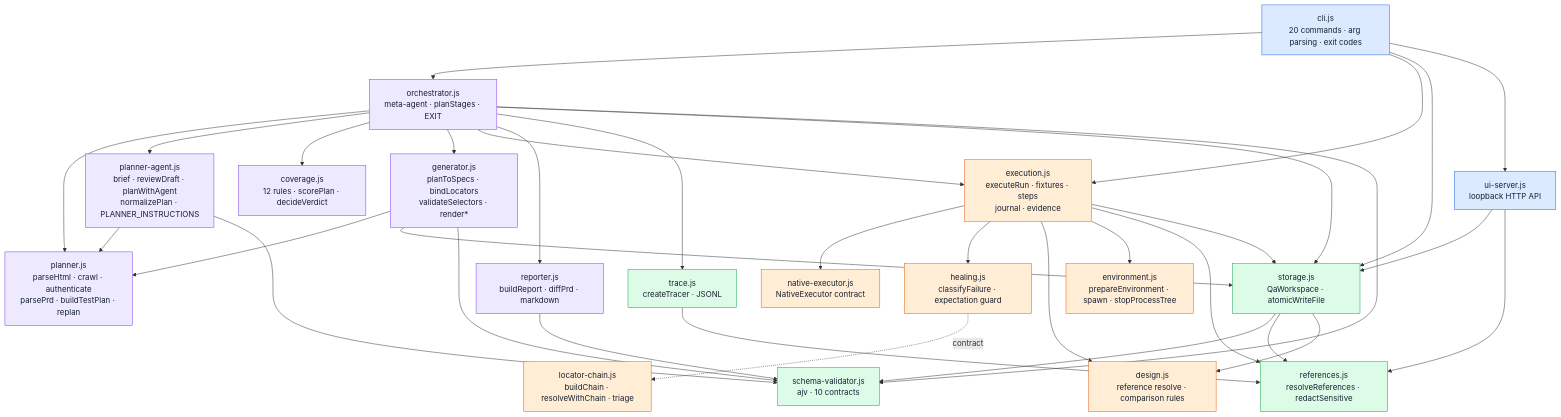
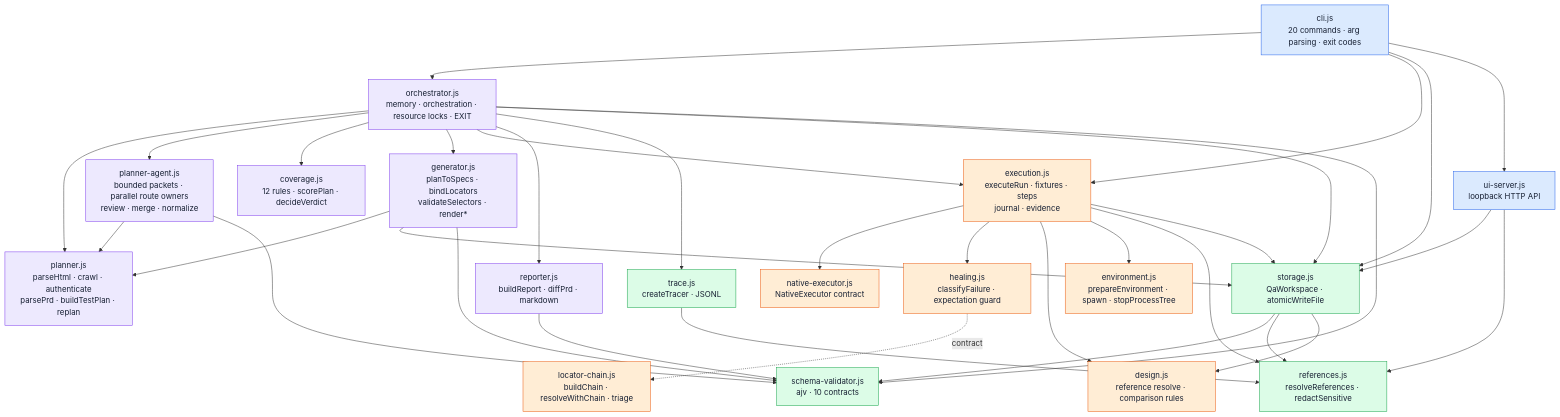
One commit to sudip-mondal-2002/Automated-QA changed the first of 2 diagrams in docs/explain/01-harness-architecture.md. Above: the diagram before and after it, drawn with Mermaid. The commit also changed other lines of this file and 402 other files, not shown here.

````diff
--- a/docs/explain/01-harness-architecture.md
+++ b/docs/explain/01-harness-architecture.md
@@ -12,39 +16,39 @@
 ```mermaid
 flowchart TB
   CLI["cli.js<br/>20 commands · arg parsing · exit codes"]
-  ORC["orchestrator.js<br/>meta-agent · planStages · EXIT"]
+  ORC["orchestrator.js<br/>memory · orchestration · resource locks · EXIT"]
   PLAN["planner.js<br/>parseHtml · crawl · authenticate<br/>parsePrd · buildTestPlan · replan"]
-  PAG["planner-agent.js<br/>brief · reviewDraft · planWithAgent<br/>normalizePlan · PLANNER_INSTRUCTIONS"]
+  PAG["planner-agent.js<br/>bounded packets · parallel route owners<br/>review · merge · normalize"]
   COV["coverage.js<br/>12 rules · scorePlan · decideVerdict"]
   GEN["generator.js<br/>planToSpecs · bindLocators<br/>validateSelectors · render*"]
   EXE["execution.js<br/>executeRun · fixtures · steps<br/>journal · evidence"]
   HEAL["healing.js<br/>classifyFailure · expectation guard"]
   LOC["locator-chain.js<br/>buildChain · resolveWithChain · triage"]
   NAT["native-executor.js<br/>NativeExecutor contract"]
   DES["design.js<br/>reference resolve · comparison rules"]
   ENV["environment.js<br/>prepareEnvironment · spawn · stopProcessTree"]
   STO["storage.js<br/>QaWorkspace · atomicWriteFile"]
   SCH["schema-validator.js<br/>ajv · 10 contracts"]
   REF["references.js<br/>resolveReferences · redactSensitive"]
   REP["reporter.js<br/>buildReport · diffPrd · markdown"]
   TRC["trace.js<br/>createTracer · JSONL"]
   UIS["ui-server.js<br/>loopback HTTP API"]
 
   CLI --> ORC & EXE & STO & UIS
   ORC --> PLAN & PAG & COV & GEN & EXE & REP & TRC & STO & SCH
   PAG --> PLAN & SCH
   GEN --> PLAN & STO & SCH
   EXE --> NAT & HEAL & DES & ENV & REF & STO
   HEAL -.contract.-> LOC
   STO --> SCH & REF & DES
   REP --> SCH
   TRC --> REF
   UIS --> STO & REF
 
   classDef entry fill:#DBEAFE,stroke:#2563EB,color:#172033;
   classDef brain fill:#EDE9FE,stroke:#7C3AED,color:#172033;
   classDef engine fill:#FFEDD5,stroke:#EA580C,color:#172033;
   classDef found fill:#DCFCE7,stroke:#16A34A,color:#172033;
   class CLI,UIS entry; class ORC,PLAN,PAG,COV,GEN,REP brain;
   class EXE,HEAL,LOC,NAT,DES,ENV engine; class STO,SCH,REF,TRC found;
 ```
````
